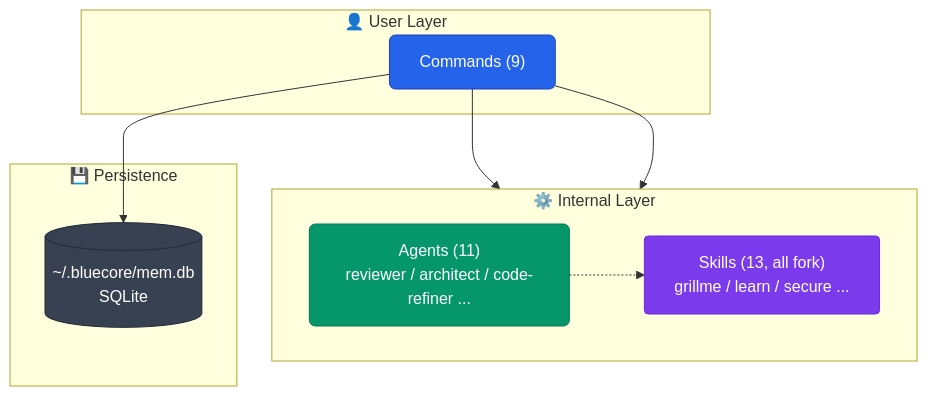
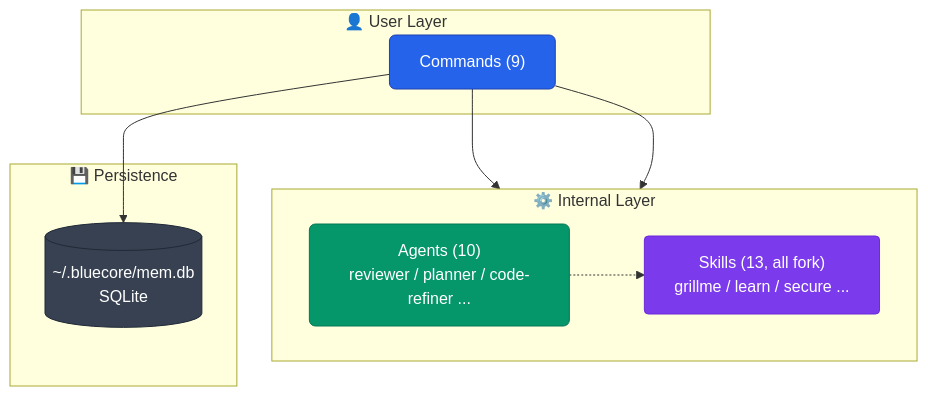
Before and after one commit to aokumablue/claq: diagram 12 of 12 in README.md, drawn with Mermaid. The commit also changed other lines of this file and 6 other files, not shown here.

First line of the commit message:
refactor(agents): architect を planner へ統合

````diff
--- a/README.md
+++ b/README.md
@@ -515,26 +515,26 @@
 ```mermaid
 flowchart TB
   classDef cmd    fill:#2563eb,stroke:#1e40af,color:#fff,rx:6
   classDef agent  fill:#059669,stroke:#047857,color:#fff,rx:6
   classDef skill  fill:#7c3aed,stroke:#6d28d9,color:#fff,rx:4
   classDef store  fill:#374151,stroke:#1f2937,color:#fff,rx:4
 
   subgraph user["👤 User Layer"]
     CMD["Commands (9)"]:::cmd
   end
 
   subgraph internal["⚙️ Internal Layer"]
     direction LR
-    AGT["Agents (11)<br/>reviewer / architect / code-refiner ..."]:::agent
+    AGT["Agents (10)<br/>reviewer / planner / code-refiner ..."]:::agent
     SKL["Skills (13, all fork)<br/>grillme / learn / secure ..."]:::skill
   end
 
   subgraph persistence["💾 Persistence"]
     DB[("~/.bluecore/mem.db<br/>SQLite")]:::store
   end
 
   CMD --> AGT
   CMD --> SKL
   AGT -.-> SKL
   CMD --> DB
 ```
````
